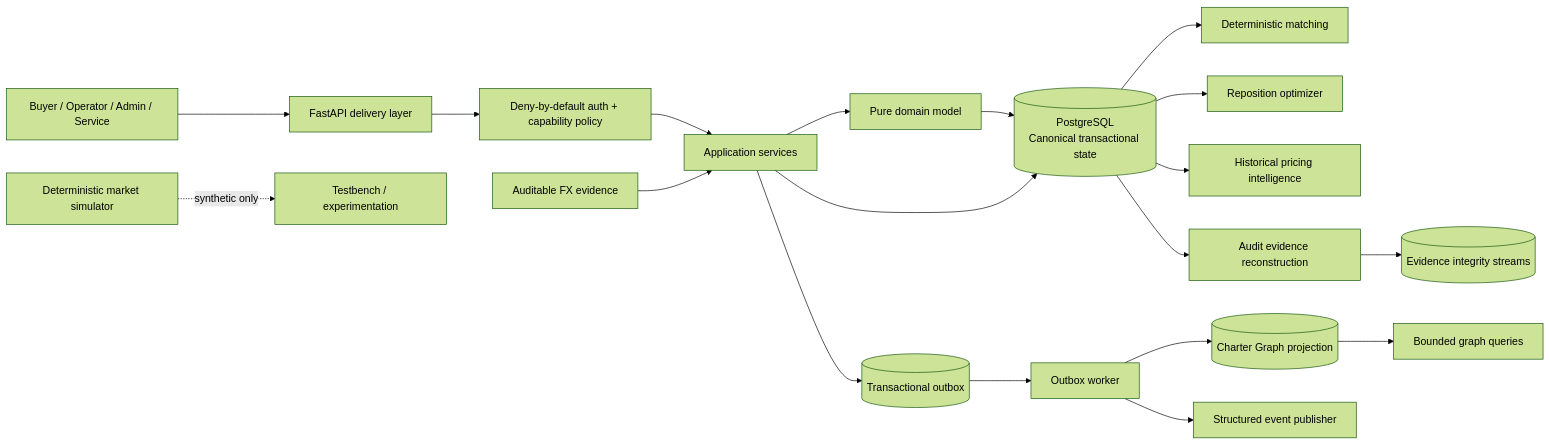
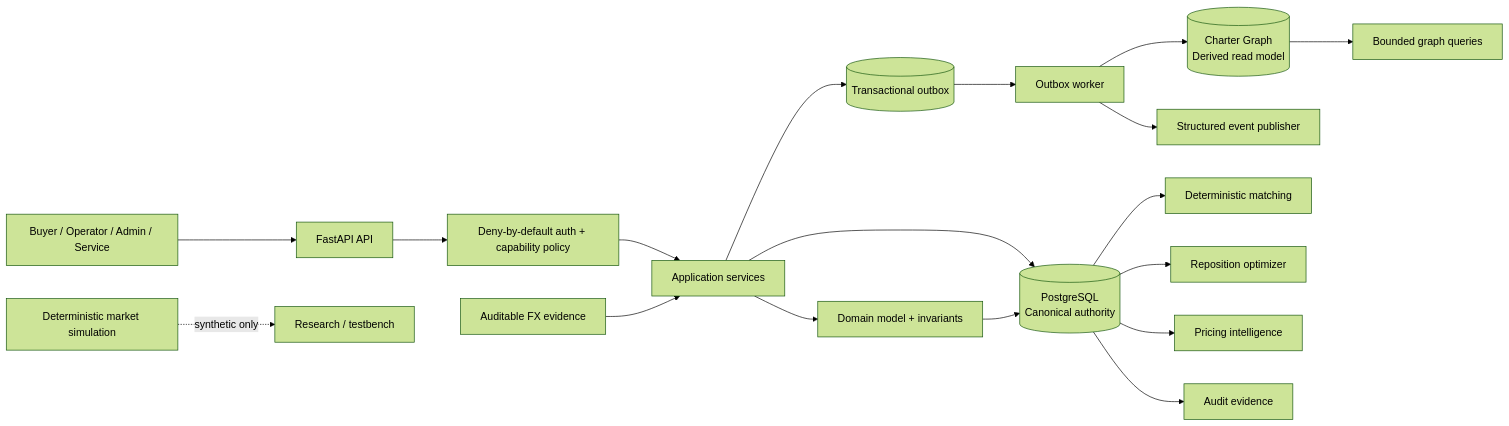
Before and after one commit to SaridakisStamatisChristos/CharterOS: the first of 2 diagrams in README.md, drawn with Mermaid (forest theme). The commit also changed other lines of this file and 13 other files, not shown here.

Commit message:
docs: present CharterOS as an evergreen operating platform

````diff
--- a/README.md
+++ b/README.md
@@ -80,27 +46,24 @@
 ```mermaid
 flowchart LR
-    C[Buyer / Operator / Admin / Service] --> API[FastAPI delivery layer]
-
+    U[Buyer / Operator / Admin / Service] --> API[FastAPI API]
     API --> AUTH[Deny-by-default auth + capability policy]
     AUTH --> APP[Application services]
-    APP --> DOMAIN[Pure domain model]
+    APP --> DOMAIN[Domain model + invariants]
 
-    DOMAIN --> PG[(PostgreSQL\nCanonical transactional state)]
-    APP --> PG
-    APP --> OUTBOX[(Transactional outbox)]
+    APP --> PG[(PostgreSQL\nCanonical authority)]
+    DOMAIN --> PG
+    APP --> OB[(Transactional outbox)]
 
-    OUTBOX --> WORKER[Outbox worker]
-    WORKER --> GRAPH[(Charter Graph projection)]
-    WORKER --> LOG[Structured event publisher]
+    OB --> WORKER[Outbox worker]
+    WORKER --> GRAPH[(Charter Graph\nDerived read model)]
+    WORKER --> EVENTS[Structured event publisher]
 
     PG --> MATCH[Deterministic matching]
     PG --> OPT[Reposition optimizer]
+    PG --> PI[Pricing intelligence]
+    PG --> EVIDENCE[Audit evidence]
     GRAPH --> GQ[Bounded graph queries]
-    PG --> PI[Historical pricing intelligence]
-    PG --> EVIDENCE[Audit evidence reconstruction]
 
     FX[Auditable FX evidence] --> APP
-    SIM[Deterministic market simulator] -. synthetic only .-> TESTS[Testbench / experimentation]
-
-    EVIDENCE --> INTEGRITY[(Evidence integrity streams)]
+    SIM[Deterministic market simulation] -. synthetic only .-> TEST[Research / testbench]
 ```
````
